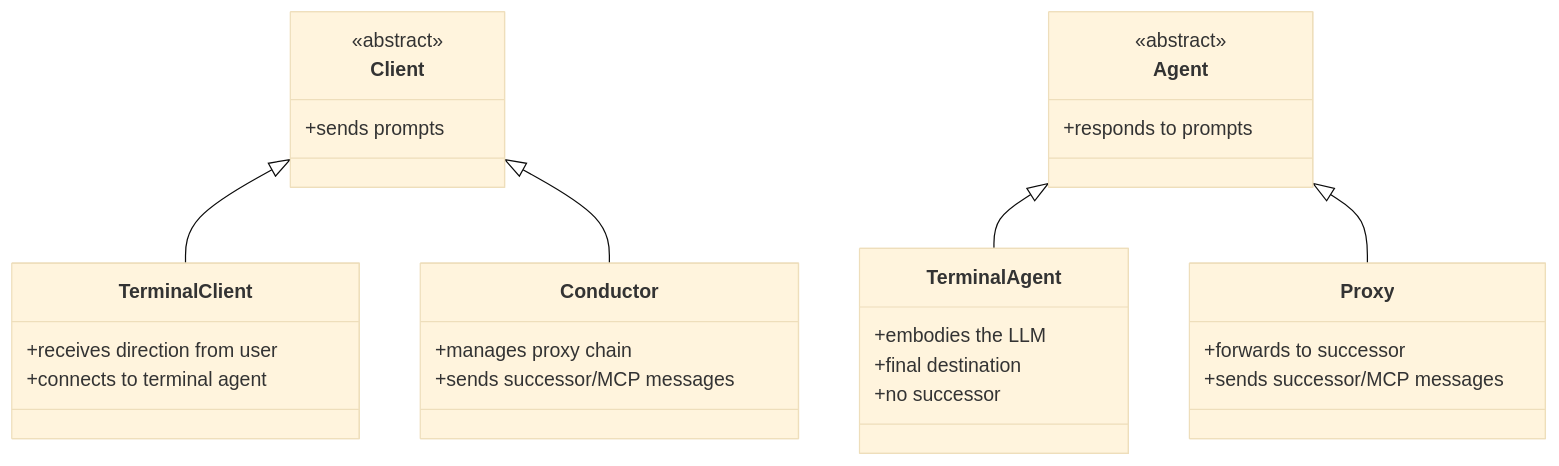
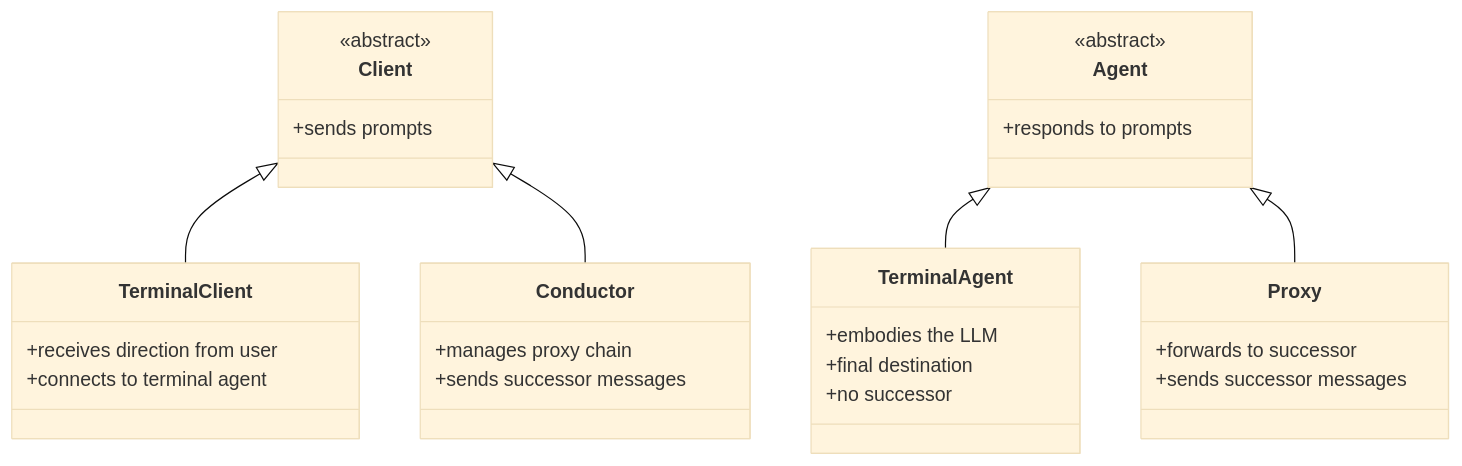
Before and after one commit to agentclientprotocol/agent-client-protocol: the sixth of 9 diagrams in docs/rfds/proxy-chains.mdx, drawn with Mermaid (base theme). The commit also changed other lines of this file and 1 other file, not shown here.

First line of the commit message:
docs(rfd): Split MCP-over-ACP into separate RFD

````diff
--- a/docs/rfds/proxy-chains.mdx
+++ b/docs/rfds/proxy-chains.mdx
@@ -202,38 +198,38 @@
 ```mermaid
 classDiagram
     class Client {
         <<abstract>>
         +sends prompts
     }
 
     class Agent {
         <<abstract>>
         +responds to prompts
     }
 
     class TerminalClient {
         +receives direction from user
         +connects to terminal agent
     }
 
     class Conductor {
         +manages proxy chain
-        +sends successor/MCP messages
+        +sends successor messages
     }
 
     class TerminalAgent {
         +embodies the LLM
         +final destination
         +no successor
     }
 
     class Proxy {
         +forwards to successor
-        +sends successor/MCP messages
+        +sends successor messages
     }
 
     Client <|-- TerminalClient
     Client <|-- Conductor
     Agent <|-- TerminalAgent
     Agent <|-- Proxy
 ```
````
